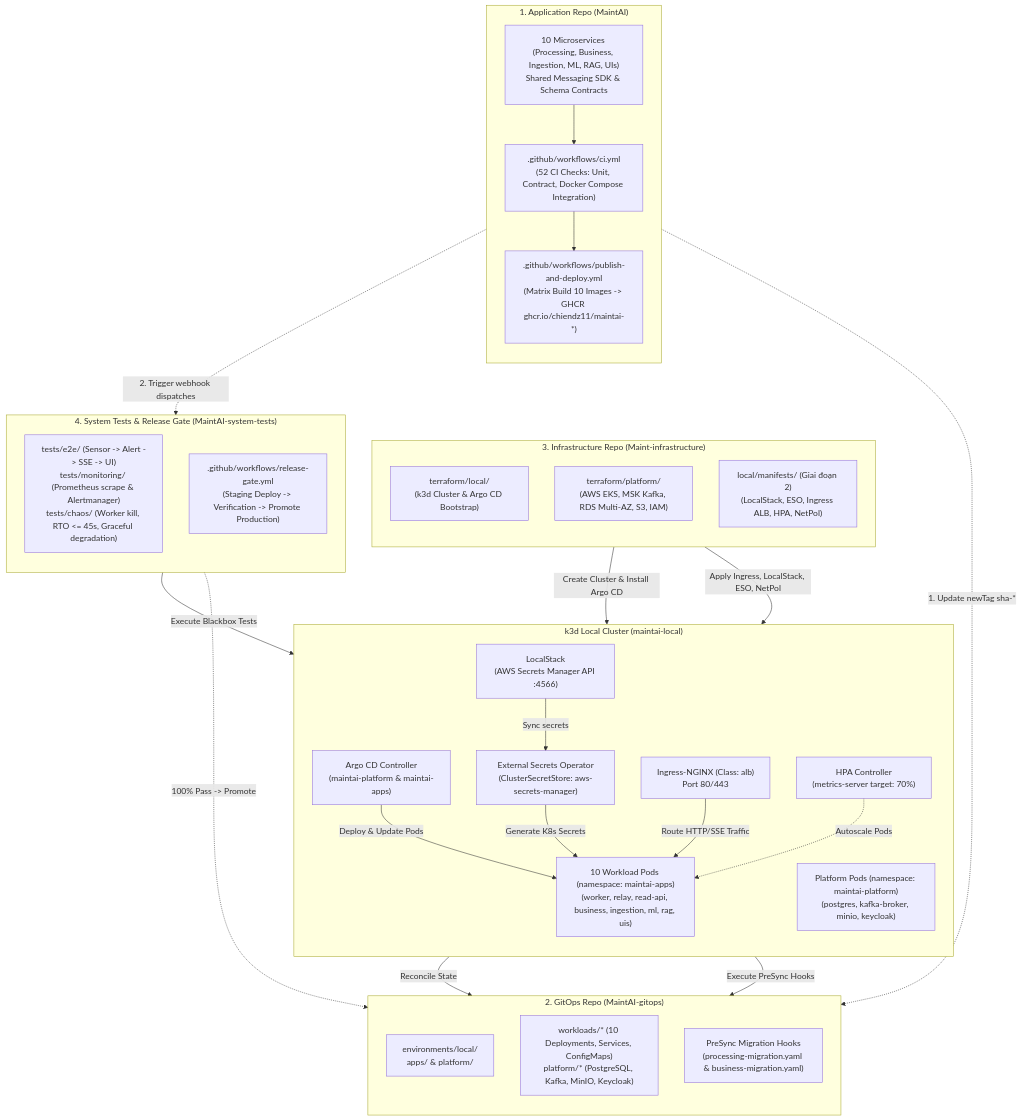
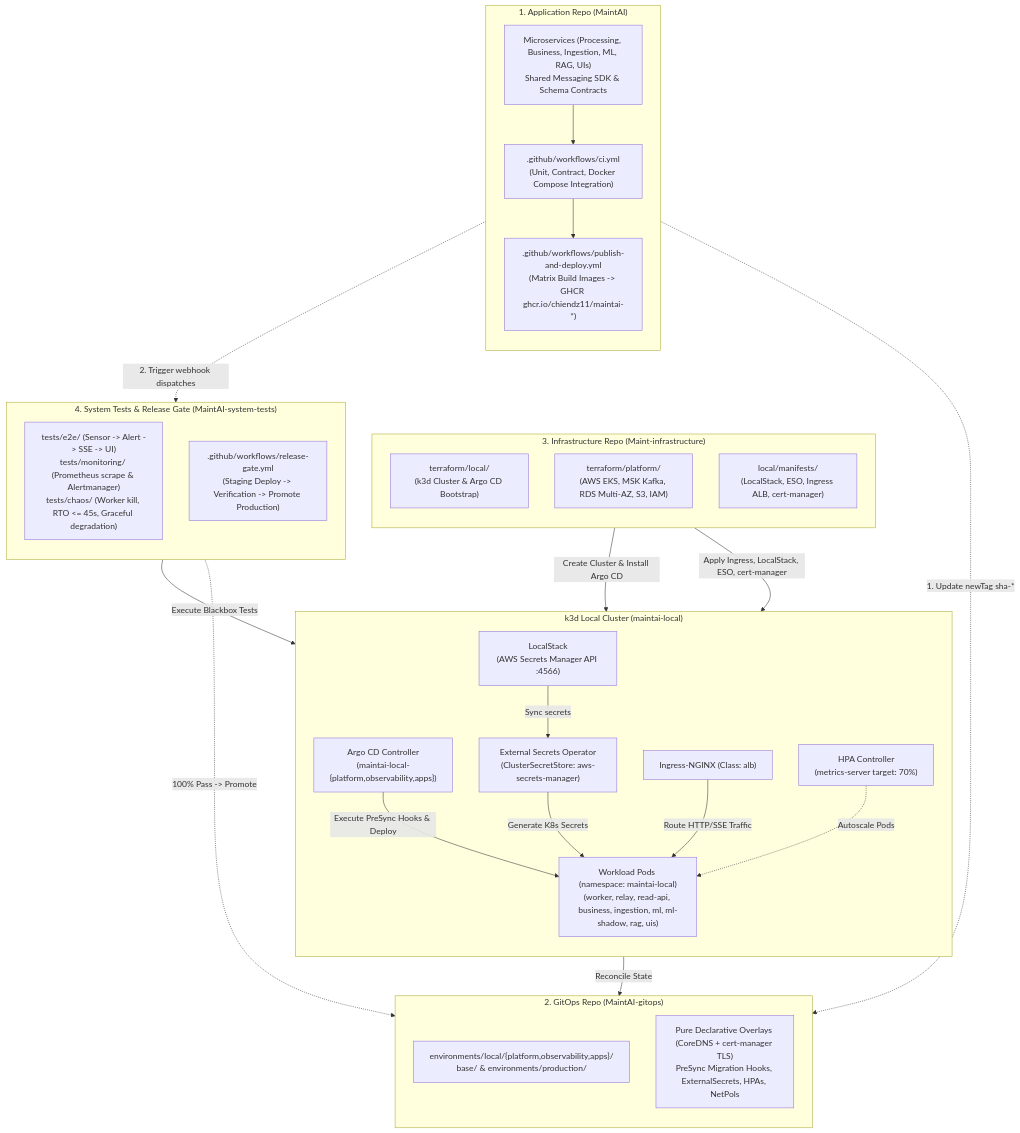
One commit to chiendz11/MaintAI changed the first of 3 diagrams in docs/operations/DEVOPS_FRAMEWORK_AND_OPERATIONS_GUIDE.md. Above: the diagram before and after it, drawn with Mermaid. The commit also changed other lines of this file and 13 other files, not shown here.

````diff
--- a/docs/operations/DEVOPS_FRAMEWORK_AND_OPERATIONS_GUIDE.md
+++ b/docs/operations/DEVOPS_FRAMEWORK_AND_OPERATIONS_GUIDE.md
@@ -11,57 +13,54 @@
 ```mermaid
 flowchart TB
     subgraph RepoApp["1. Application Repo (MaintAI)"]
         direction TB
-        Src["10 Microservices (Processing, Business, Ingestion, ML, RAG, UIs)<br/>Shared Messaging SDK & Schema Contracts"]
-        CI_Workflow[".github/workflows/ci.yml<br/>(52 CI Checks: Unit, Contract, Docker Compose Integration)"]
-        CD_Workflow[".github/workflows/publish-and-deploy.yml<br/>(Matrix Build 10 Images -> GHCR ghcr.io/chiendz11/maintai-*)"]
+        Src["Microservices (Processing, Business, Ingestion, ML, RAG, UIs)<br/>Shared Messaging SDK & Schema Contracts"]
+        CI_Workflow[".github/workflows/ci.yml<br/>(Unit, Contract, Docker Compose Integration)"]
+        CD_Workflow[".github/workflows/publish-and-deploy.yml<br/>(Matrix Build Images -> GHCR ghcr.io/chiendz11/maintai-*)"]
         
         Src --> CI_Workflow --> CD_Workflow
     end
 
     subgraph RepoGitOps["2. GitOps Repo (MaintAI-gitops)"]
         direction TB
-        LocalEnv["environments/local/<br/>apps/ & platform/"]
-        Workloads["workloads/* (10 Deployments, Services, ConfigMaps)<br/>platform/* (PostgreSQL, Kafka, MinIO, Keycloak)"]
-        PreSyncHooks["PreSync Migration Hooks<br/>(processing-migration.yaml & business-migration.yaml)"]
+        LocalEnv["environments/local/{platform,observability,apps}/<br/>base/ & environments/production/"]
+        Workloads["Pure Declarative Overlays (CoreDNS + cert-manager TLS)<br/>PreSync Migration Hooks, ExternalSecrets, HPAs, NetPols"]
     end
 
     subgraph RepoInfras["3. Infrastructure Repo (Maint-infrastructure)"]
         direction TB
         TF_Local["terraform/local/<br/>(k3d Cluster & Argo CD Bootstrap)"]
         TF_Prod["terraform/platform/<br/>(AWS EKS, MSK Kafka, RDS Multi-AZ, S3, IAM)"]
-        LocalManifests["local/manifests/ (Giai đoạn 2)<br/>(LocalStack, ESO, Ingress ALB, HPA, NetPol)"]
+        LocalManifests["local/manifests/<br/>(LocalStack, ESO, Ingress ALB, cert-manager)"]
     end
 
     subgraph RepoSysTests["4. System Tests & Release Gate (MaintAI-system-tests)"]
         direction TB
         SysTests["tests/e2e/ (Sensor -> Alert -> SSE -> UI)<br/>tests/monitoring/ (Prometheus scrape & Alertmanager)<br/>tests/chaos/ (Worker kill, RTO <= 45s, Graceful degradation)"]
         ReleaseGateWorkflow[".github/workflows/release-gate.yml<br/>(Staging Deploy -> Verification -> Promote Production)"]
     end
 
     subgraph K3dCluster["k3d Local Cluster (maintai-local)"]
         direction TB
-        ArgoCD["Argo CD Controller<br/>(maintai-platform & maintai-apps)"]
+        ArgoCD["Argo CD Controller<br/>(maintai-local-{platform,observability,apps})"]
         ESO["External Secrets Operator<br/>(ClusterSecretStore: aws-secrets-manager)"]
         LocalStack["LocalStack<br/>(AWS Secrets Manager API :4566)"]
-        Ingress["Ingress-NGINX (Class: alb)<br/>Port 80/443"]
-        AppPods["10 Workload Pods (namespace: maintai-apps)<br/>(worker, relay, read-api, business, ingestion, ml, rag, uis)"]
-        PlatPods["Platform Pods (namespace: maintai-platform)<br/>(postgres, kafka-broker, minio, keycloak)"]
+        Ingress["Ingress-NGINX (Class: alb)"]
+        AppPods["Workload Pods (namespace: maintai-local)<br/>(worker, relay, read-api, business, ingestion, ml, ml-shadow, rag, uis)"]
         HPA["HPA Controller<br/>(metrics-server target: 70%)"]
     end
 
     CD_Workflow -.->|1. Update newTag sha-*| LocalEnv
     CD_Workflow -.->|2. Trigger webhook dispatches| ReleaseGateWorkflow
     TF_Local -->|Create Cluster & Install Argo CD| K3dCluster
-    LocalManifests -->|Apply Ingress, LocalStack, ESO, NetPol| K3dCluster
+    LocalManifests -->|Apply Ingress, LocalStack, ESO, cert-manager| K3dCluster
 
     ArgoCD -->|Reconcile State| LocalEnv
-    ArgoCD -->|Execute PreSync Hooks| PreSyncHooks
-    ArgoCD -->|Deploy & Update Pods| AppPods
+    ArgoCD -->|Execute PreSync Hooks & Deploy| AppPods
     LocalStack -->|Sync secrets| ESO -->|Generate K8s Secrets| AppPods
     Ingress -->|Route HTTP/SSE Traffic| AppPods
     HPA -.->|Autoscale Pods| AppPods
     
     ReleaseGateWorkflow -->|Execute Blackbox Tests| AppPods
     ReleaseGateWorkflow -.->|100% Pass -> Promote| LocalEnv
 ```
````
